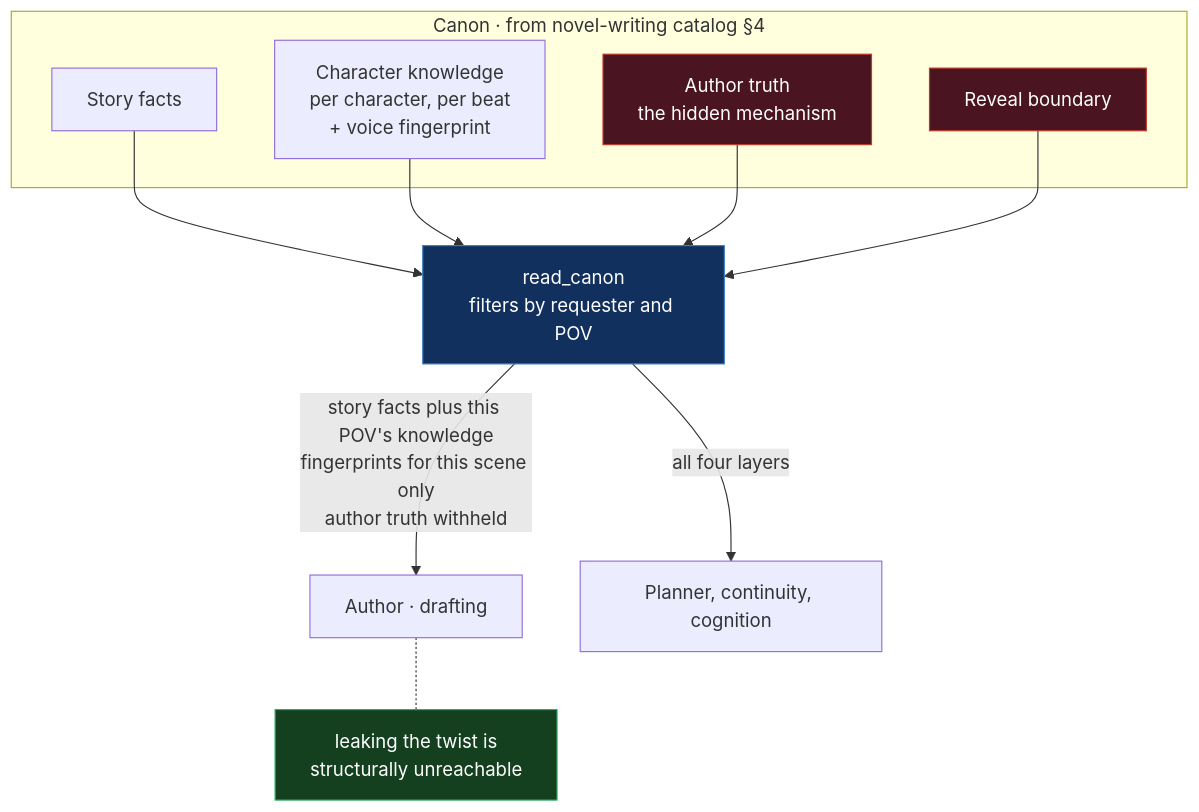
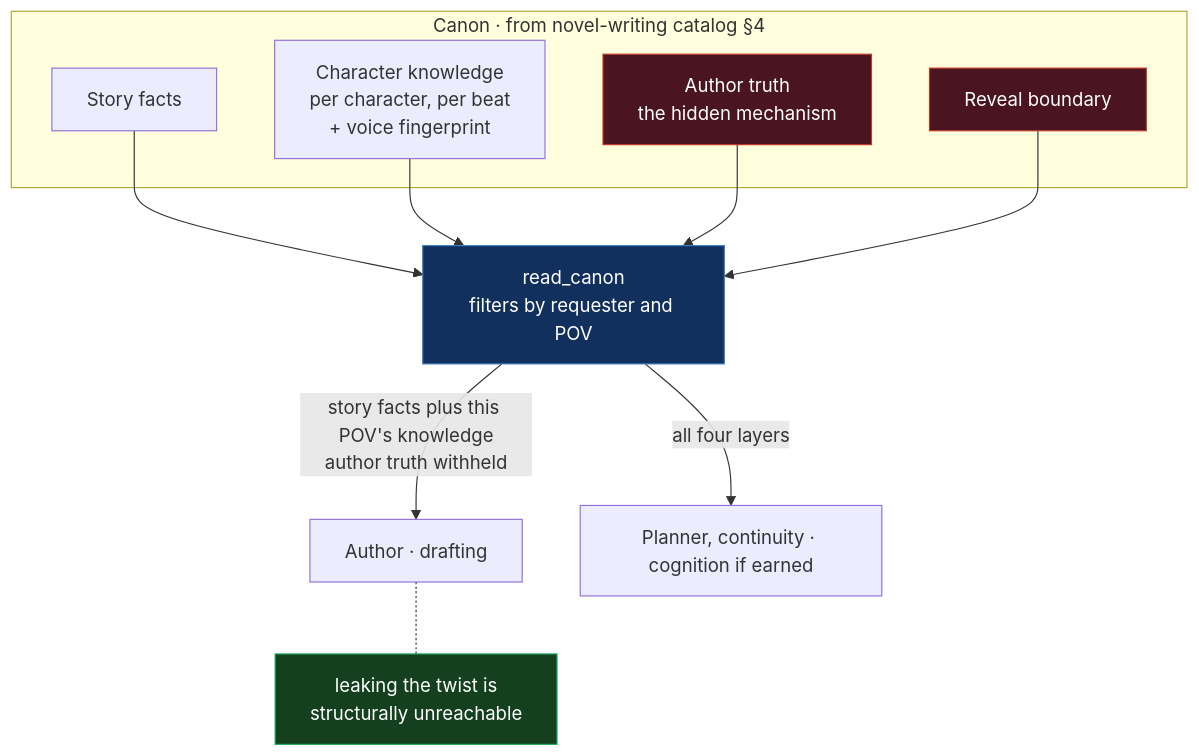
One commit to jsroga/nomos changed the sixth of 10 diagrams in .spec/opus/architecture-review/diagrams.md. Above: the diagram before and after it, drawn with Mermaid. The commit also changed other lines of this file and 14 other files, not shown here.

Commit message:
doc(spec): architecture plan second opinion

````diff
--- a/.spec/opus/architecture-review/diagrams.md
+++ b/.spec/opus/architecture-review/diagrams.md
@@ -219,28 +219,28 @@
 ```mermaid
 flowchart TD
     subgraph CANON["Canon · from novel-writing catalog §4"]
         L1["Story facts"]
         L2["Character knowledge<br/>per character, per beat<br/>+ voice fingerprint"]
         L3["Author truth<br/>the hidden mechanism"]
         L4["Reveal boundary"]
     end
 
     RC["read_canon<br/>filters by requester and POV"]
     L1 --> RC
     L2 --> RC
     L3 --> RC
     L4 --> RC
 
-    RC -->|"story facts plus this POV's knowledge<br/>fingerprints for this scene only<br/>author truth withheld"| AU["Author · drafting"]
-    RC -->|"all four layers"| PLAN["Planner, continuity, cognition"]
+    RC -->|"story facts plus this POV's knowledge<br/>author truth withheld"| AU["Author · drafting"]
+    RC -->|"all four layers"| PLAN["Planner, continuity · cognition if earned"]
 
     LEAK["leaking the twist is<br/>structurally unreachable"]
     AU -.- LEAK
 
     classDef secret fill:#4a1520,stroke:#c0392b,color:#fff
     classDef host fill:#12305e,stroke:#3d7ebf,color:#fff
     classDef ok fill:#14401f,stroke:#27ae60,color:#fff
     class L3,L4 secret
     class RC host
     class LEAK ok
 ```
````
